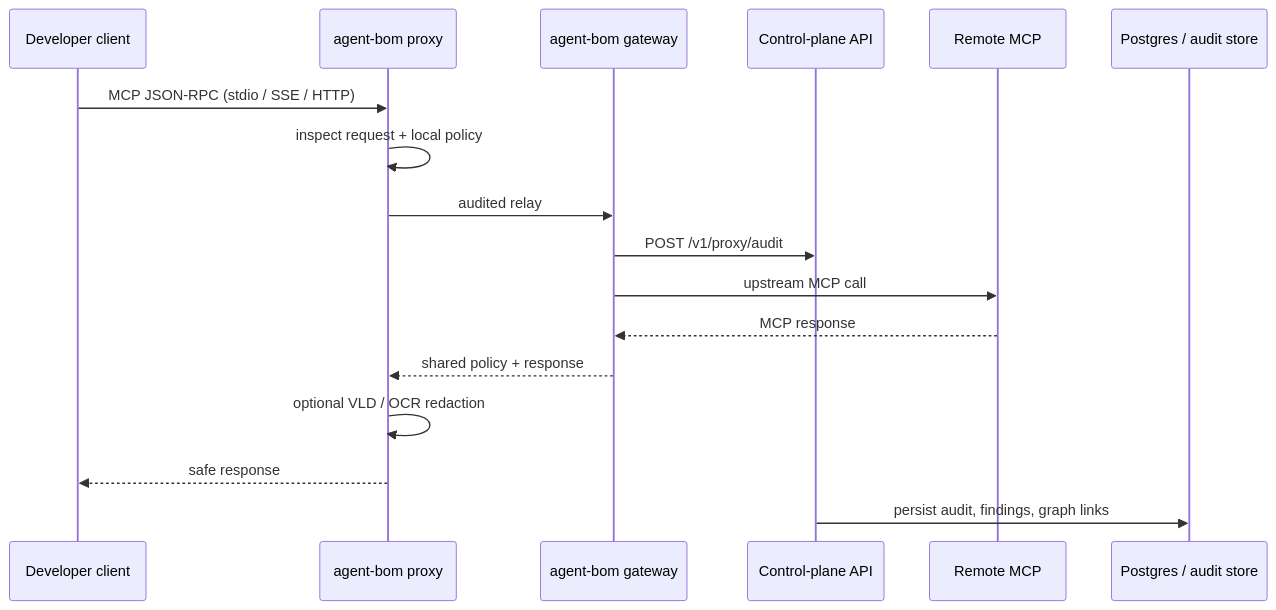
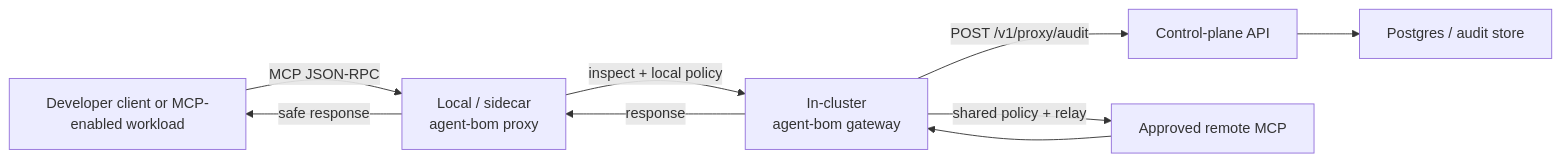
One commit to msaad00/agent-bom changed the second of 6 diagrams in README.md. Above: the diagram before and after it, drawn with Mermaid. The commit also changed other lines of this file and 2 other files, not shown here.

Commit message:
docs: simplify self-hosted topology and runtime flow diagrams

````diff
--- a/README.md
+++ b/README.md
@@ -224,20 +226,18 @@
 ```mermaid
-sequenceDiagram
-    participant Dev as Developer client
-    participant Proxy as agent-bom proxy
-    participant Gateway as agent-bom gateway
-    participant API as Control-plane API
-    participant Remote as Remote MCP
-    participant Store as Postgres / audit store
+flowchart LR
+    dev["Developer client or MCP-enabled workload"]
+    proxy["Local / sidecar<br/>agent-bom proxy"]
+    gateway["In-cluster<br/>agent-bom gateway"]
+    api["Control-plane API"]
+    store["Postgres / audit store"]
+    remote["Approved remote MCP"]
 
-    Dev->>Proxy: MCP JSON-RPC (stdio / SSE / HTTP)
-    Proxy->>Proxy: inspect request + local policy
-    Proxy->>Gateway: audited relay
-    Gateway->>API: POST /v1/proxy/audit
-    Gateway->>Remote: upstream MCP call
-    Remote-->>Gateway: MCP response
-    Gateway-->>Proxy: shared policy + response
-    Proxy->>Proxy: optional VLD / OCR redaction
-    Proxy-->>Dev: safe response
-    API->>Store: persist audit, findings, graph links
+    dev -->|"MCP JSON-RPC"| proxy
+    proxy -->|"inspect + local policy"| gateway
+    gateway -->|"shared policy + relay"| remote
+    remote --> gateway
+    gateway -->|"response"| proxy
+    proxy -->|"safe response"| dev
+    gateway -->|"POST /v1/proxy/audit"| api
+    api --> store
 ```
````
